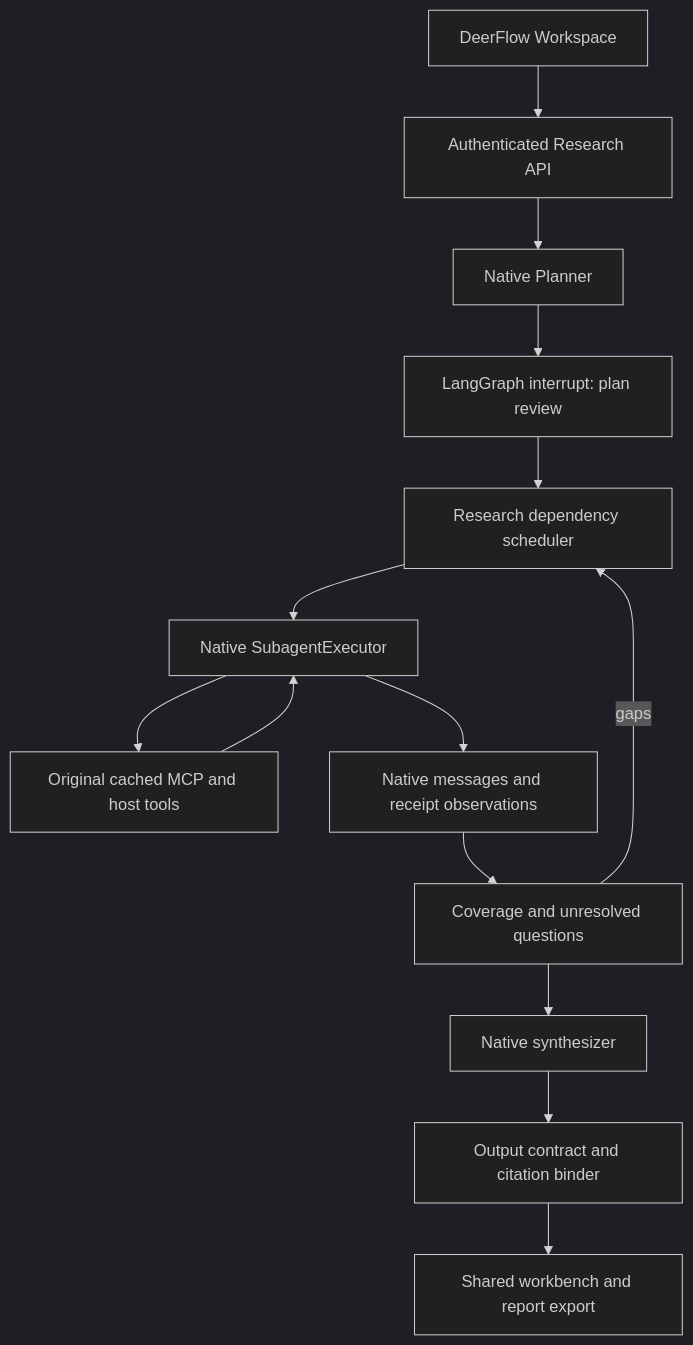
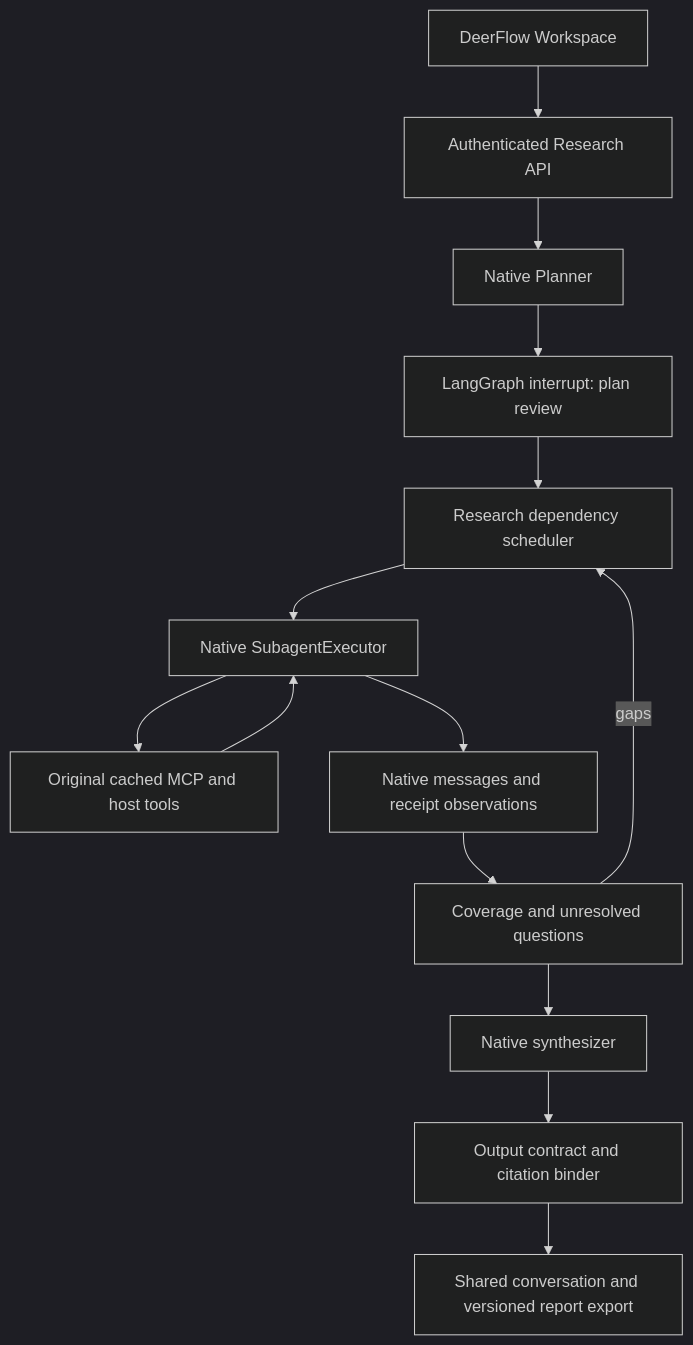
One commit to wyzz973/deer-flow changed the diagram in docs/deepresearch/NATIVE_RUNTIME.md. Above: the diagram before and after it, drawn with Mermaid (dark theme). The commit also changed other lines of this file and 88 other files, not shown here.

````diff
--- a/docs/deepresearch/NATIVE_RUNTIME.md
+++ b/docs/deepresearch/NATIVE_RUNTIME.md
@@ -9,16 +9,16 @@
 ```mermaid
 flowchart TD
   W[DeerFlow Workspace] --> A[Authenticated Research API]
   A --> P[Native Planner]
   P --> H[LangGraph interrupt: plan review]
   H --> D[Research dependency scheduler]
   D --> N[Native SubagentExecutor]
   N --> T[Original cached MCP and host tools]
   T --> N
   N --> O[Native messages and receipt observations]
   O --> V[Coverage and unresolved questions]
   V -->|gaps| D
   V --> S[Native synthesizer]
   S --> C[Output contract and citation binder]
-  C --> R[Shared workbench and report export]
+  C --> R[Shared conversation and versioned report export]
 ```
````
